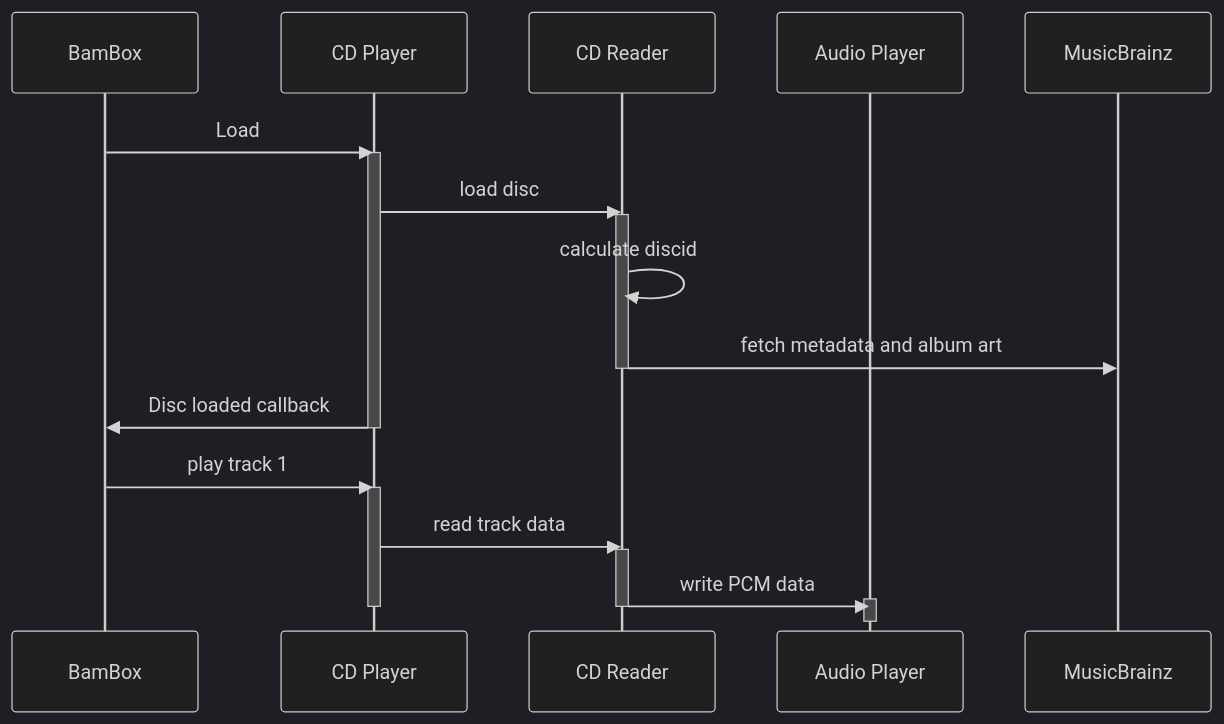
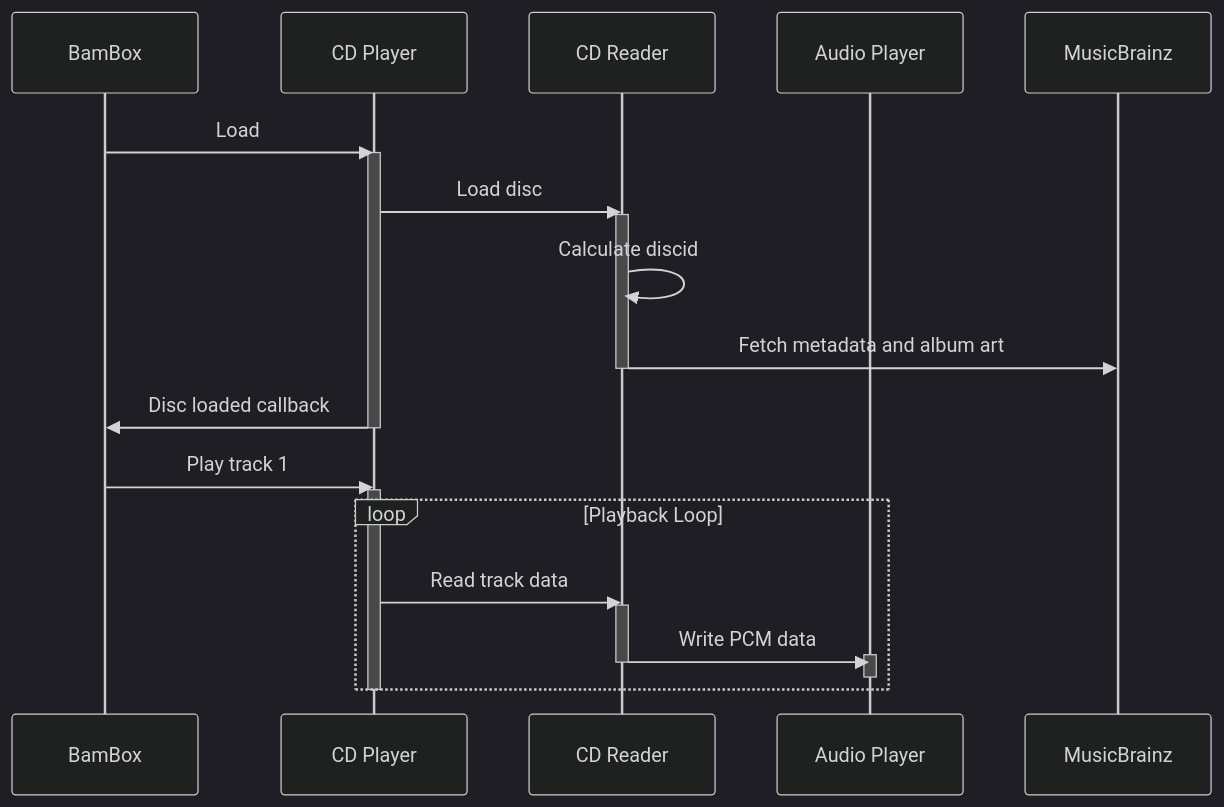
Before and after one commit to qawse3dr/bam-box: the second of 2 diagrams in README.md, drawn with Mermaid. The commit also changed 4 other files, not shown here.

````diff
--- a/README.md
+++ b/README.md
@@ -169,29 +169,31 @@
 ```mermaid
 %%{init: { 'theme':'dark', 'sequence': {'useMaxWidth':false} } }%%
 sequenceDiagram
   participant BamBox
   participant CD_Player as CD Player
   participant CD_Reader as CD Reader
   participant Audio_Player as Audio Player
   participant MusicBrainz
 
   BamBox ->> CD_Player: Load
   activate CD_Player
-  CD_Player ->> CD_Reader: load disc
+  CD_Player ->> CD_Reader: Load disc
   activate CD_Reader
-  CD_Reader ->> CD_Reader: calculate discid
-  CD_Reader ->> MusicBrainz: fetch metadata and album art
+  CD_Reader ->> CD_Reader: Calculate discid
+  CD_Reader ->> MusicBrainz: Fetch metadata and album art
   deactivate CD_Reader
   CD_Player ->> BamBox: Disc loaded callback
   deactivate CD_Player
 
-  BamBox ->> CD_Player: play track 1
+  BamBox ->> CD_Player: Play track 1
   activate CD_Player
-  CD_Player ->> CD_Reader: read track data
-  activate CD_Reader
-  CD_Reader ->> Audio_Player: write PCM data
-  activate Audio_Player
-  deactivate Audio_Player
-  deactivate CD_Reader
+  loop Playback Loop
+    CD_Player ->> CD_Reader: Read track data
+    activate CD_Reader
+    CD_Reader ->> Audio_Player: Write PCM data
+    activate Audio_Player
+    deactivate Audio_Player
+    deactivate CD_Reader
+  end
   deactivate CD_Player
 ```
````
